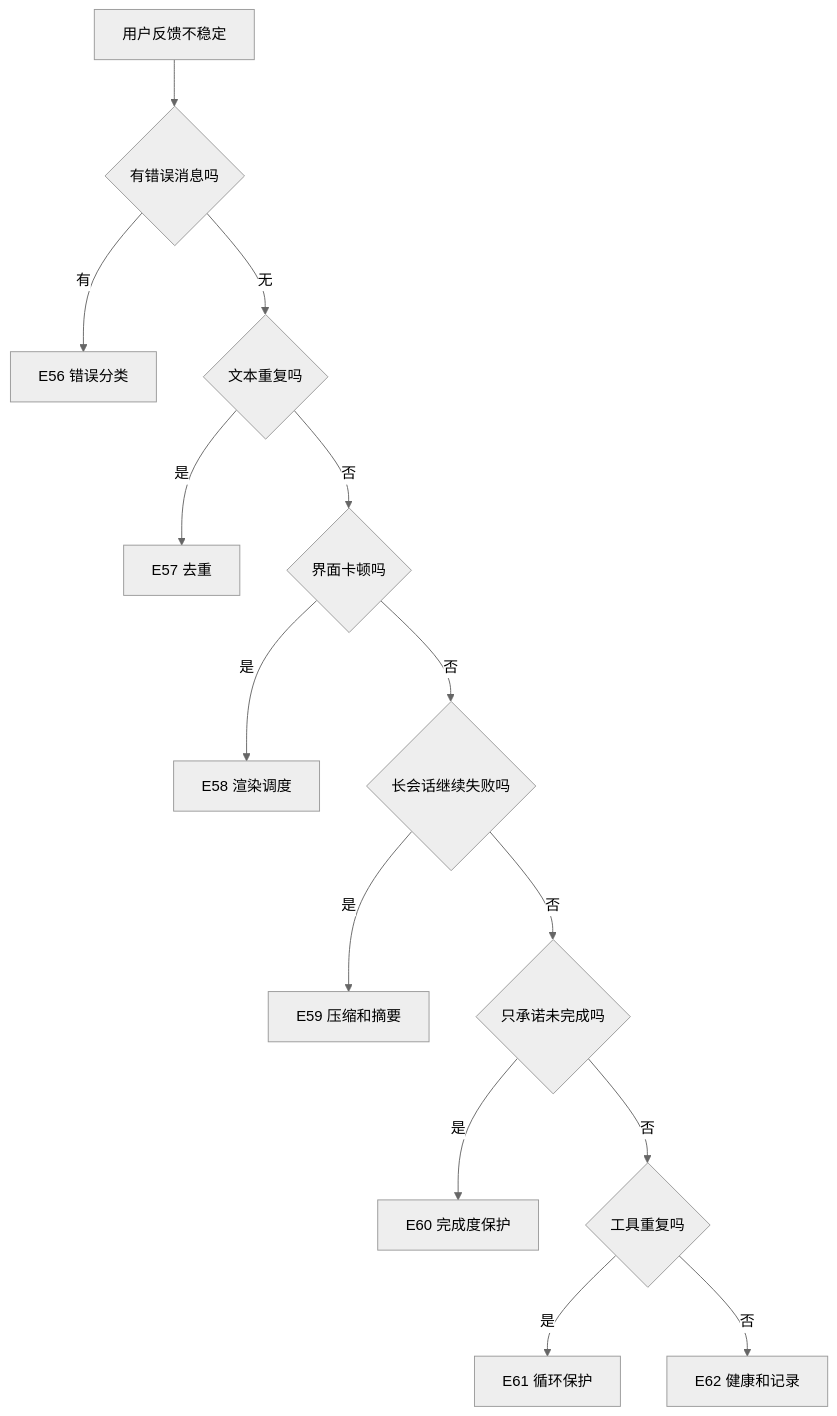
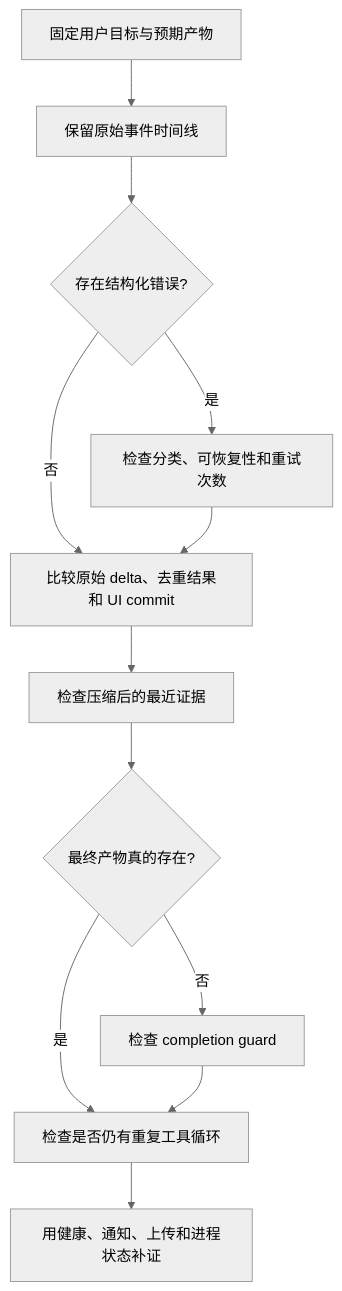
The third of 3 diagrams in learning-note/full-project-course-v2/textbook/part-e-pi-agent-runtime/E63-stability-and-observability-workshop.md (LavaCourage07/startupOS), drawn with Mermaid (neutral theme) before and after one commit. The commit also changed other lines of this file and 560 other files, not shown here.

````diff
--- a/learning-note/full-project-course-v2/textbook/part-e-pi-agent-runtime/E63-stability-and-observability-workshop.md
+++ b/learning-note/full-project-course-v2/textbook/part-e-pi-agent-runtime/E63-stability-and-observability-workshop.md
@@ -108,16 +160,14 @@
 ```mermaid
 flowchart TD
-    A[用户反馈不稳定] --> B{有错误消息吗}
-    B -->|有| C[E56 错误分类]
-    B -->|无| D{文本重复吗}
-    D -->|是| E[E57 去重]
-    D -->|否| F{界面卡顿吗}
-    F -->|是| G[E58 渲染调度]
-    F -->|否| H{长会话继续失败吗}
-    H -->|是| I[E59 压缩和摘要]
-    H -->|否| J{只承诺未完成吗}
-    J -->|是| K[E60 完成度保护]
-    J -->|否| L{工具重复吗}
-    L -->|是| M[E61 循环保护]
-    L -->|否| N[E62 健康和记录]
+    A[固定用户目标与预期产物] --> B[保留原始事件时间线]
+    B --> C{存在结构化错误?}
+    C -- 是 --> D[检查分类、可恢复性和重试次数]
+    C -- 否 --> E[比较原始 delta、去重结果和 UI commit]
+    D --> E
+    E --> F[检查压缩后的最近证据]
+    F --> G{最终产物真的存在?}
+    G -- 否 --> H[检查 completion guard]
+    G -- 是 --> I[检查是否仍有重复工具循环]
+    H --> I
+    I --> J[用健康、通知、上传和进程状态补证]
 ```
````
